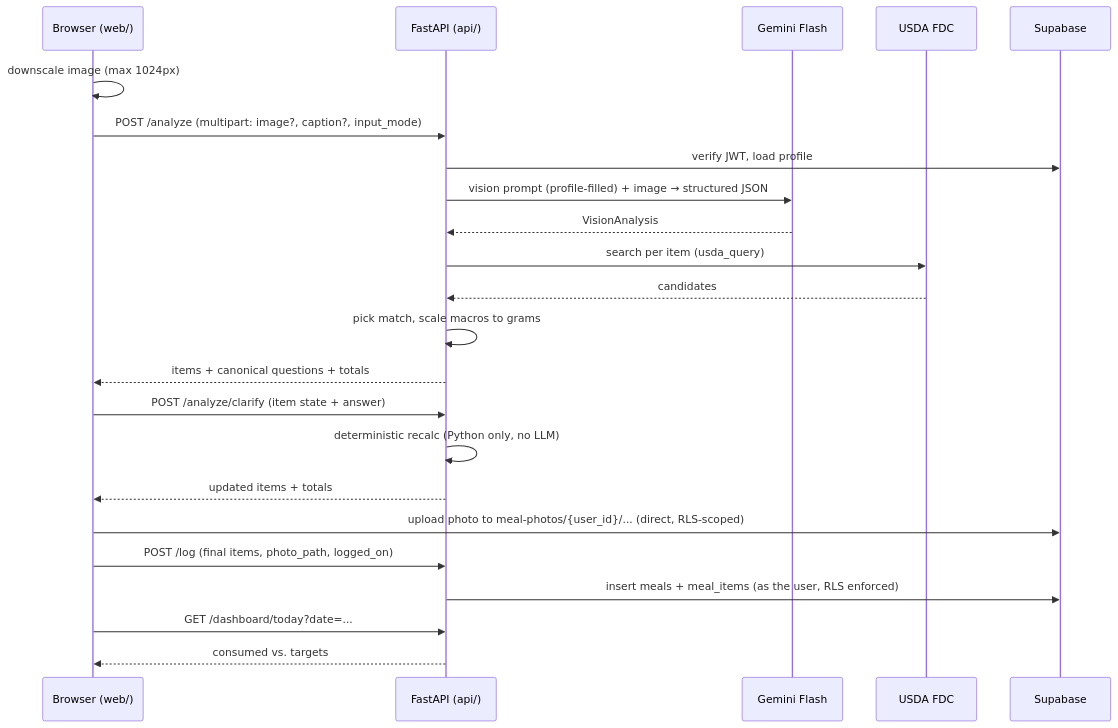
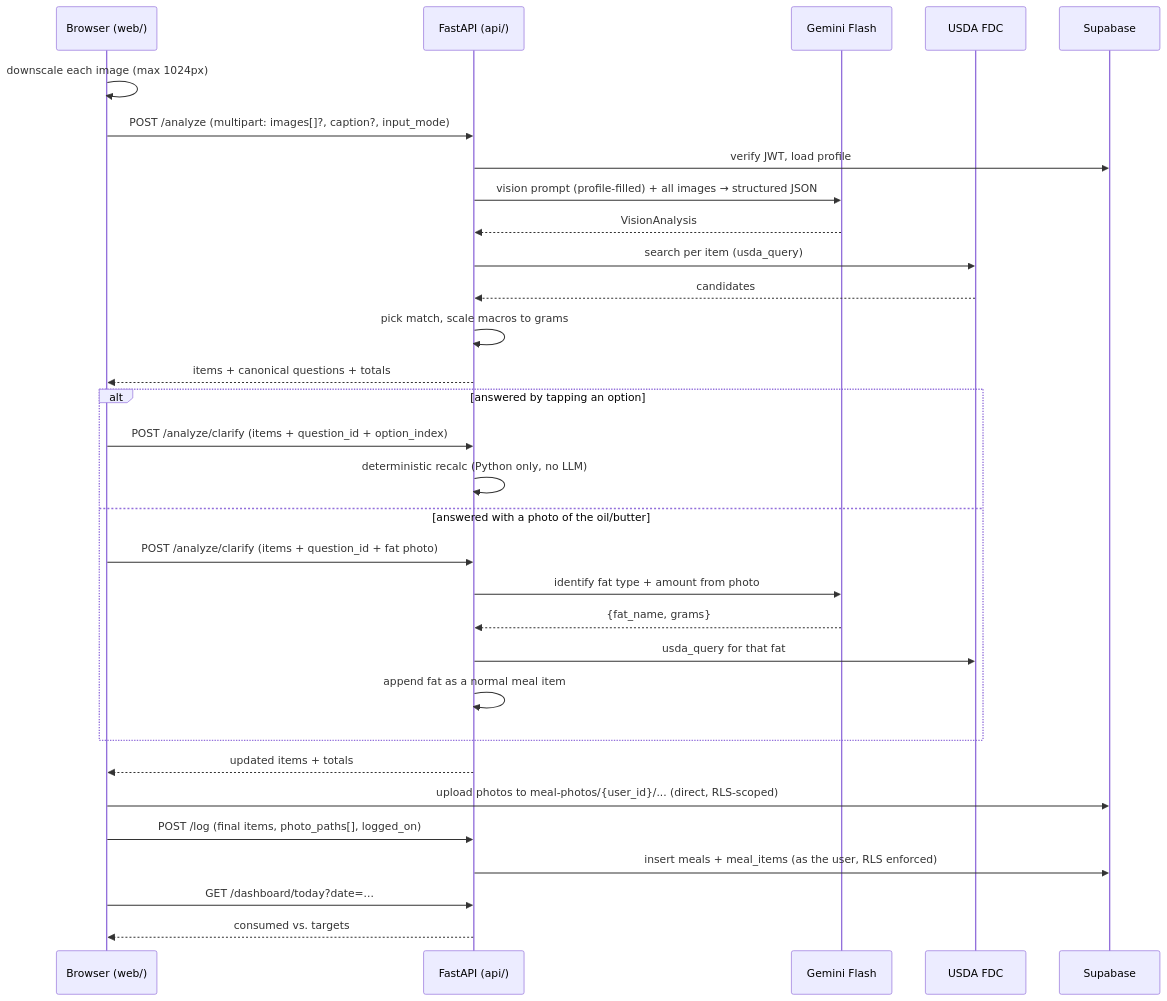
The diagram in docs/superpowers/specs/2026-07-24-phase-1-core-loop-design.md (skarne21/TruPlateAI), drawn with Mermaid before and after one commit. The commit also changed other lines of this file, not shown here.

First line of the commit message:
docs: multi-photo meals and photo-answered fat questions in Phase 1 spec

````diff
--- a/docs/superpowers/specs/2026-07-24-phase-1-core-loop-design.md
+++ b/docs/superpowers/specs/2026-07-24-phase-1-core-loop-design.md
@@ -42,28 +42,36 @@
 ```mermaid
 sequenceDiagram
     participant U as Browser (web/)
     participant A as FastAPI (api/)
     participant G as Gemini Flash
     participant N as USDA FDC
     participant S as Supabase
 
-    U->>U: downscale image (max 1024px)
-    U->>A: POST /analyze (multipart: image?, caption?, input_mode)
+    U->>U: downscale each image (max 1024px)
+    U->>A: POST /analyze (multipart: images[]?, caption?, input_mode)
     A->>S: verify JWT, load profile
-    A->>G: vision prompt (profile-filled) + image → structured JSON
+    A->>G: vision prompt (profile-filled) + all images → structured JSON
     G-->>A: VisionAnalysis
     A->>N: search per item (usda_query)
     N-->>A: candidates
     A->>A: pick match, scale macros to grams
     A-->>U: items + canonical questions + totals
 
-    U->>A: POST /analyze/clarify (item state + answer)
-    A->>A: deterministic recalc (Python only, no LLM)
+    alt answered by tapping an option
+        U->>A: POST /analyze/clarify (items + question_id + option_index)
+        A->>A: deterministic recalc (Python only, no LLM)
+    else answered with a photo of the oil/butter
+        U->>A: POST /analyze/clarify (items + question_id + fat photo)
+        A->>G: identify fat type + amount from photo
+        G-->>A: {fat_name, grams}
+        A->>N: usda_query for that fat
+        A->>A: append fat as a normal meal item
+    end
     A-->>U: updated items + totals
 
-    U->>S: upload photo to meal-photos/{user_id}/... (direct, RLS-scoped)
-    U->>A: POST /log (final items, photo_path, logged_on)
+    U->>S: upload photos to meal-photos/{user_id}/... (direct, RLS-scoped)
+    U->>A: POST /log (final items, photo_paths[], logged_on)
     A->>S: insert meals + meal_items (as the user, RLS enforced)
     U->>A: GET /dashboard/today?date=...
     A-->>U: consumed vs. targets
 ```
````
